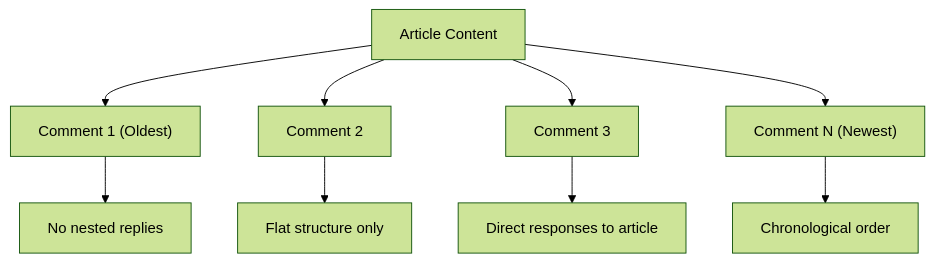
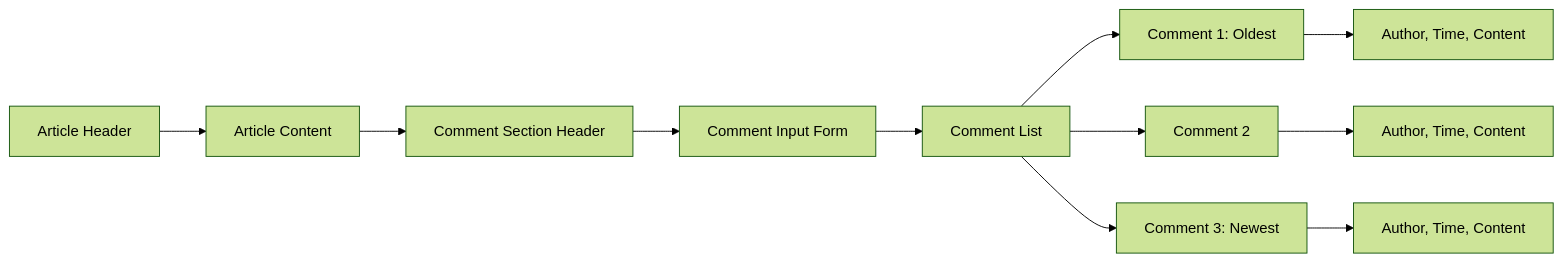
Before and after one commit to wrtnlabs/autobe-examples: the diagram in deepseek/deepseek-v3.1-terminus-exacto/bbs/docs/analysis/07-comment-system.md, drawn with Mermaid (forest theme). The commit also changed other lines of this file and 11104 other files, not shown here.

````diff
--- a/deepseek/deepseek-v3.1-terminus-exacto/bbs/docs/analysis/07-comment-system.md
+++ b/deepseek/deepseek-v3.1-terminus-exacto/bbs/docs/analysis/07-comment-system.md
@@ -75,12 +52,13 @@
 ```mermaid
-graph TB
-    A["Article Content"] --> B["Comment 1 (Oldest)"]
-    A --> C["Comment 2"]
-    A --> D["Comment 3"]
-    A --> E["Comment N (Newest)"]
-    
-    B --> F["No nested replies"]
-    C --> G["Flat structure only"]
-    D --> H["Direct responses to article"]
-    E --> I["Chronological order"]
+graph LR
+  A["Article Header"] --> B["Article Content"]
+  B --> C["Comment Section Header"]
+  C --> D["Comment Input Form"]
+  D --> E["Comment List"]
+  E --> F["Comment 1: Oldest"]
+  E --> G["Comment 2"]
+  E --> H["Comment 3: Newest"]
+  F --> I["Author, Time, Content"]
+  G --> J["Author, Time, Content"]
+  H --> K["Author, Time, Content"]
 ```
````
